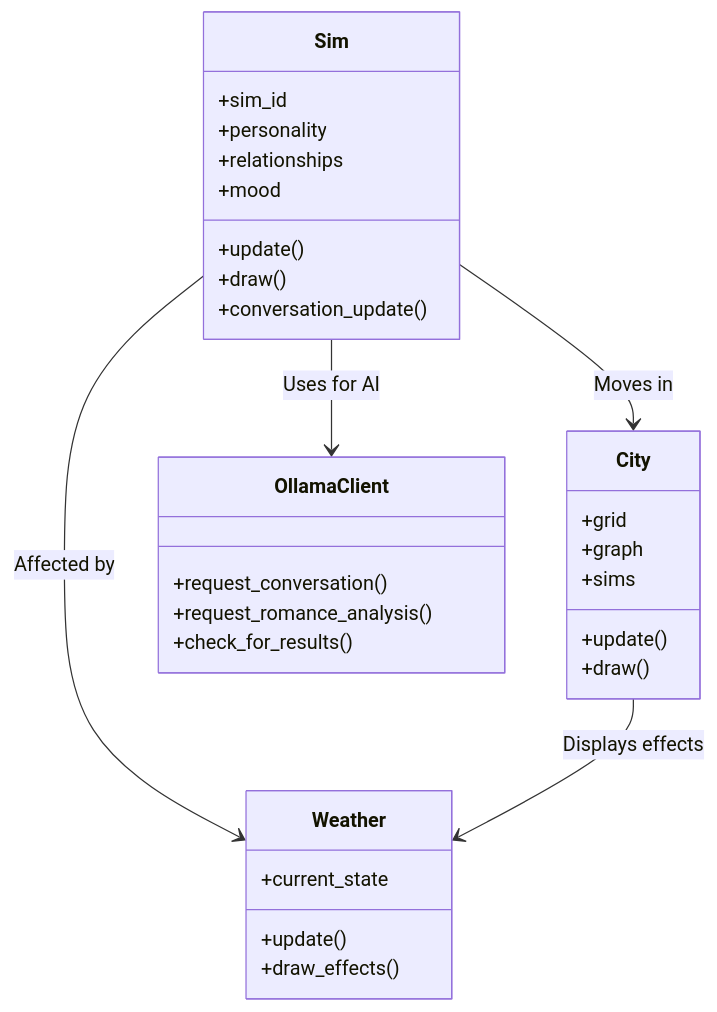
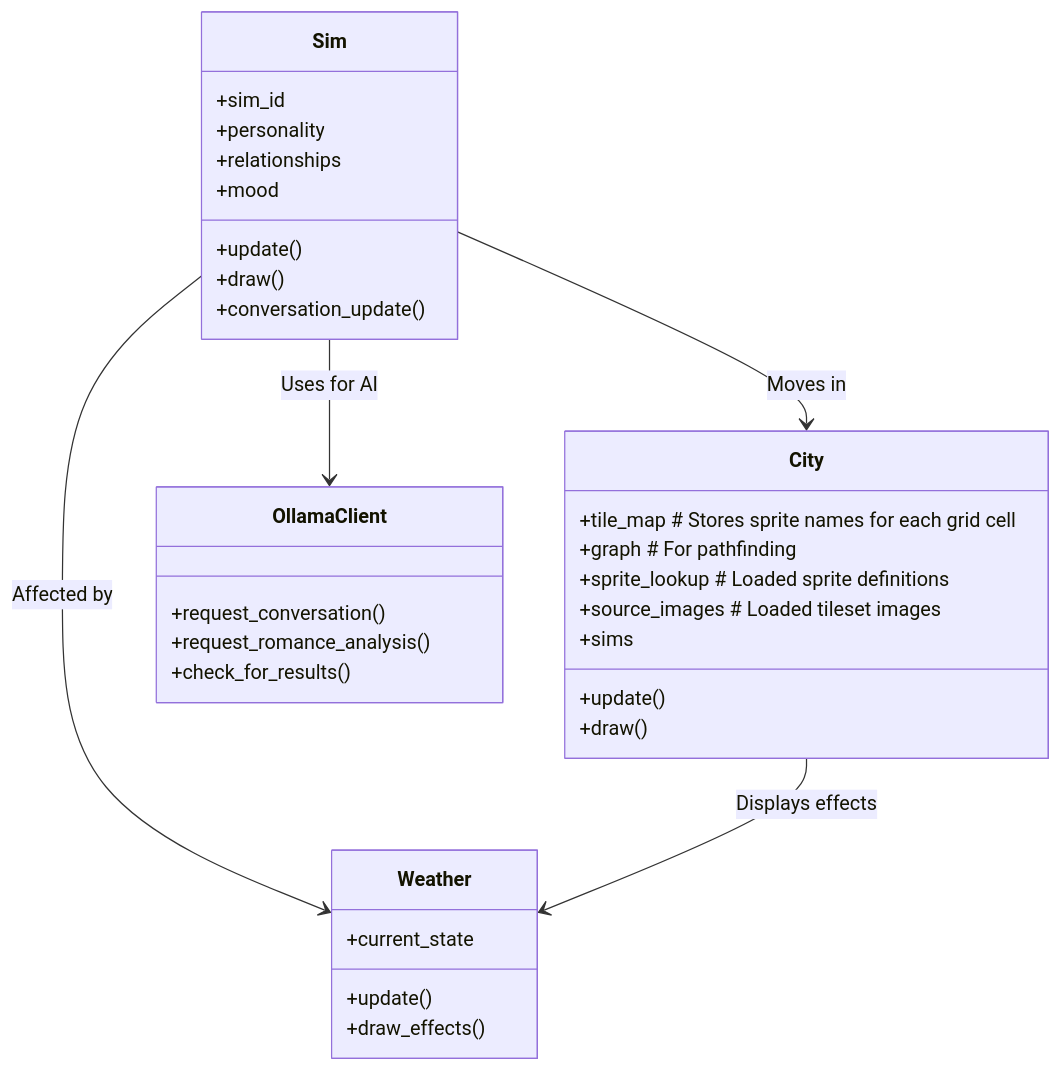
Before and after one commit to Marx2/simtest: the diagram in docs/documentation.md, drawn with Mermaid. The commit also changed other lines of this file and 3 other files, not shown here.

````diff
--- a/docs/documentation.md
+++ b/docs/documentation.md
@@ -21,37 +22,39 @@
 ```mermaid
 classDiagram
     class Sim {
         +sim_id
         +personality
         +relationships
         +mood
         +update()
         +draw()
         +conversation_update()
     }
 
     class City {
-        +grid
-        +graph
+        +tile_map # Stores sprite names for each grid cell
+        +graph    # For pathfinding
+        +sprite_lookup # Loaded sprite definitions
+        +source_images # Loaded tileset images
         +sims
         +update()
         +draw()
     }
 
     class Weather {
         +current_state
         +update()
         +draw_effects()
     }
 
     class OllamaClient {
         +request_conversation()
         +request_romance_analysis()
         +check_for_results()
     }
 
     Sim --> City : Moves in
     Sim --> Weather : Affected by
     Sim --> OllamaClient : Uses for AI
     City --> Weather : Displays effects
 ```
````
